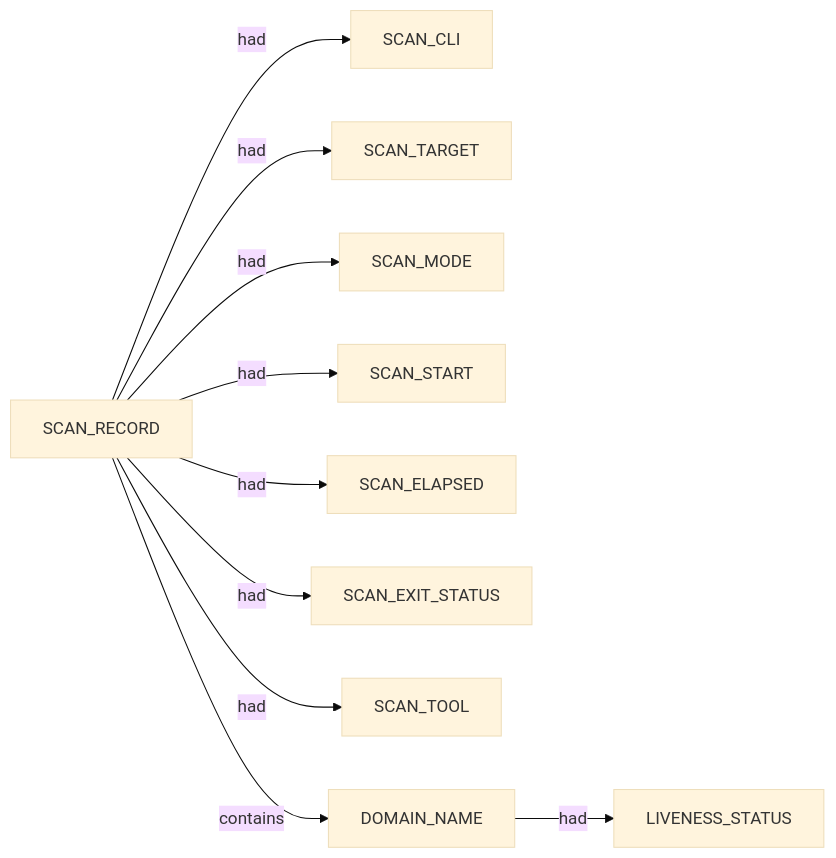
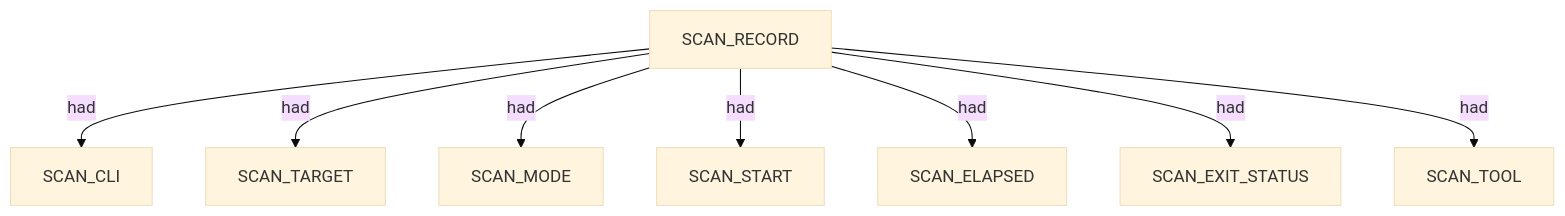
The first of 3 diagrams in .docs/docs-for-cli-tools/nugget_structure/subfinder_invalid_domain_clean_miss_proposed_nuggets_edges_description.md (brettforbes/spiderfeet), drawn with Mermaid (base theme) before and after one commit. The commit also changed other lines of this file and 17 other files, not shown here.

````diff
--- a/.docs/docs-for-cli-tools/nugget_structure/subfinder_invalid_domain_clean_miss_proposed_nuggets_edges_description.md
+++ b/.docs/docs-for-cli-tools/nugget_structure/subfinder_invalid_domain_clean_miss_proposed_nuggets_edges_description.md
@@ -13,12 +13,18 @@
 ```mermaid
-flowchart LR
-  SCAN_RECORD -->|had| SCAN_CLI
-  SCAN_RECORD -->|had| SCAN_TARGET
-  SCAN_RECORD -->|had| SCAN_MODE
-  SCAN_RECORD -->|had| SCAN_START
-  SCAN_RECORD -->|had| SCAN_ELAPSED
-  SCAN_RECORD -->|had| SCAN_EXIT_STATUS
-  SCAN_RECORD -->|had| SCAN_TOOL
-  SCAN_RECORD -->|contains| DOMAIN_NAME
-  DOMAIN_NAME -->|had| LIVENESS_STATUS
+flowchart TD
+  scan_record_1["SCAN_RECORD"]
+  scan_cli_2["SCAN_CLI"]
+  scan_record_1 -->|had| scan_cli_2
+  scan_target_3["SCAN_TARGET"]
+  scan_record_1 -->|had| scan_target_3
+  scan_mode_4["SCAN_MODE"]
+  scan_record_1 -->|had| scan_mode_4
+  scan_start_5["SCAN_START"]
+  scan_record_1 -->|had| scan_start_5
+  scan_elapsed_6["SCAN_ELAPSED"]
+  scan_record_1 -->|had| scan_elapsed_6
+  scan_exit_status_7["SCAN_EXIT_STATUS"]
+  scan_record_1 -->|had| scan_exit_status_7
+  scan_tool_8["SCAN_TOOL"]
+  scan_record_1 -->|had| scan_tool_8
 ```
````
